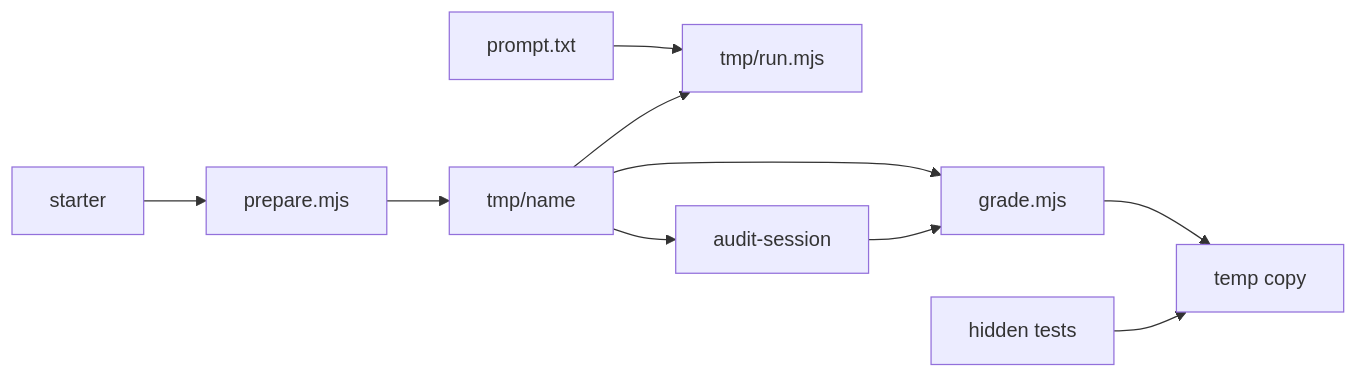
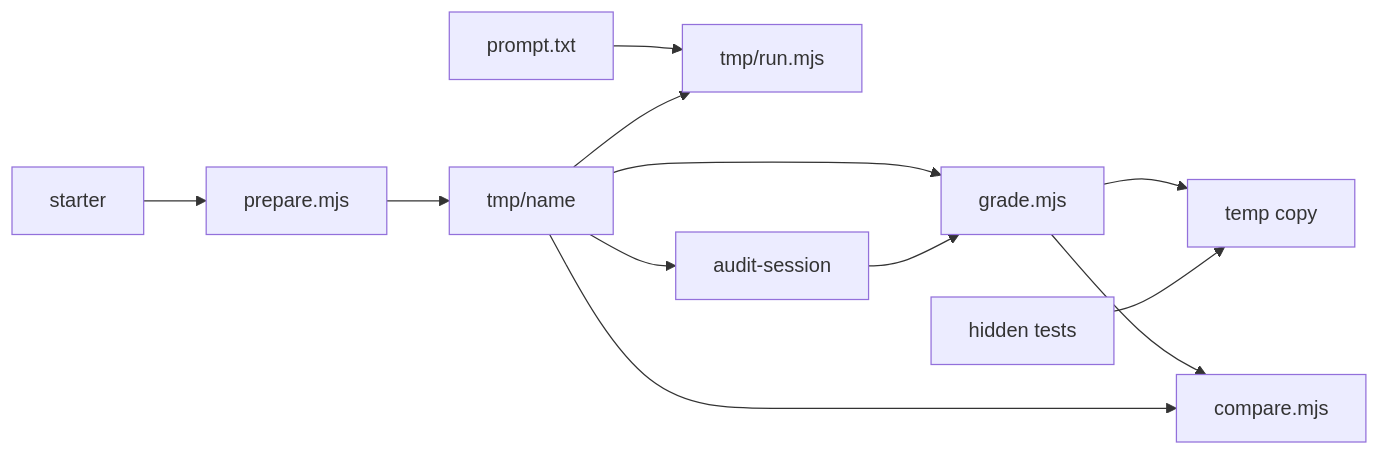
The diagram in evals/reatom-2048/README.md (artalar/baton), drawn with Mermaid before and after one commit. The commit also changed other lines of this file and 2 other files, not shown here.

First line of the commit message:
Give each prepared 2048 workspace its own git repo and add a run comparison.

````diff
--- a/evals/reatom-2048/README.md
+++ b/evals/reatom-2048/README.md
@@ -7,12 +7,14 @@
 ```mermaid
 flowchart LR
   starter[starter] --> prepare[prepare.mjs]
   prepare --> workspace["tmp/name"]
   prompt[prompt.txt] --> runner["tmp/run.mjs"]
   workspace --> runner
   workspace --> grade[grade.mjs]
   grade --> copy[temp copy]
   hidden[hidden tests] --> copy
   workspace --> audit[audit-session]
   audit --> grade
+  grade --> compare[compare.mjs]
+  workspace --> compare
 ```
````
